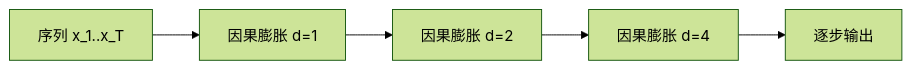
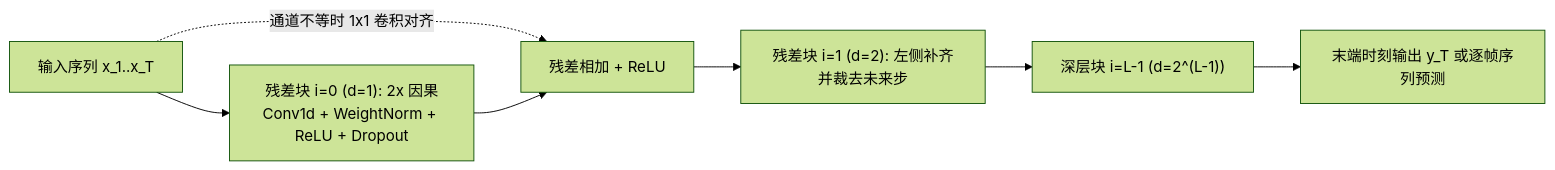
One commit to ImChong/Robotics_Notebooks changed the diagram in wiki/concepts/temporal-convolutional-network.md. Above: the diagram before and after it, drawn with Mermaid (forest theme). The commit also changed other lines of this file and 151 other files, not shown here.

````diff
--- a/wiki/concepts/temporal-convolutional-network.md
+++ b/wiki/concepts/temporal-convolutional-network.md
@@ -47,7 +63,9 @@
 ```mermaid
 flowchart LR
-  seq["序列 x_1..x_T"] --> c1["因果膨胀 d=1"]
-  c1 --> c2["因果膨胀 d=2"]
-  c2 --> c3["因果膨胀 d=4"]
-  c3 --> y["逐步输出"]
+  x_in["输入序列 x_1..x_T"] --> blk0["残差块 i=0 (d=1): 2x 因果Conv1d + WeightNorm + ReLU + Dropout"]
+  x_in -. "通道不等时 1x1 卷积对齐" .-> add0["残差相加 + ReLU"]
+  blk0 --> add0
+  add0 --> blk1["残差块 i=1 (d=2): 左侧补齐并裁去未来步"]
+  blk1 --> blkn["深层块 i=L-1 (d=2^(L-1))"]
+  blkn --> readout["末端时刻输出 y_T 或逐帧序列预测"]
 ```
````
